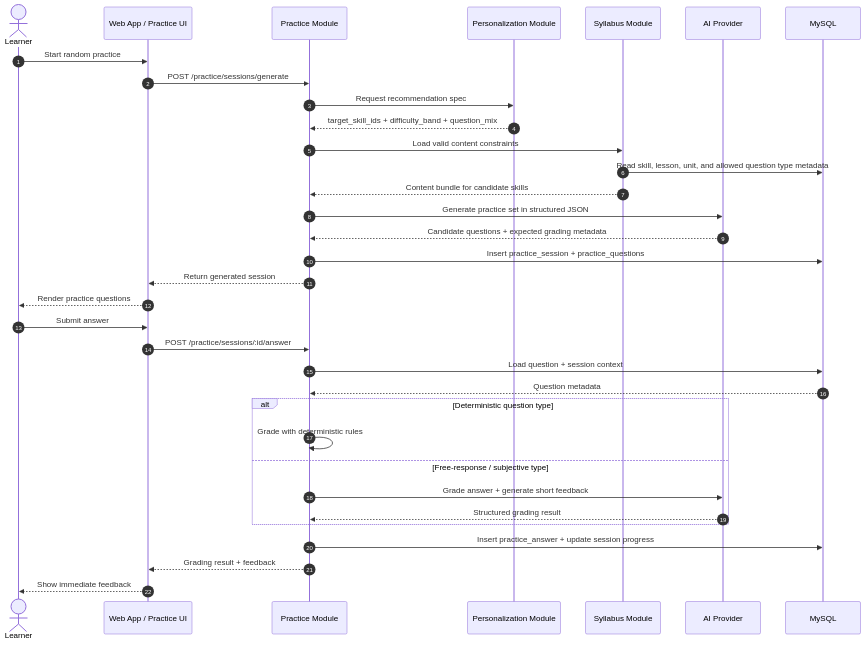
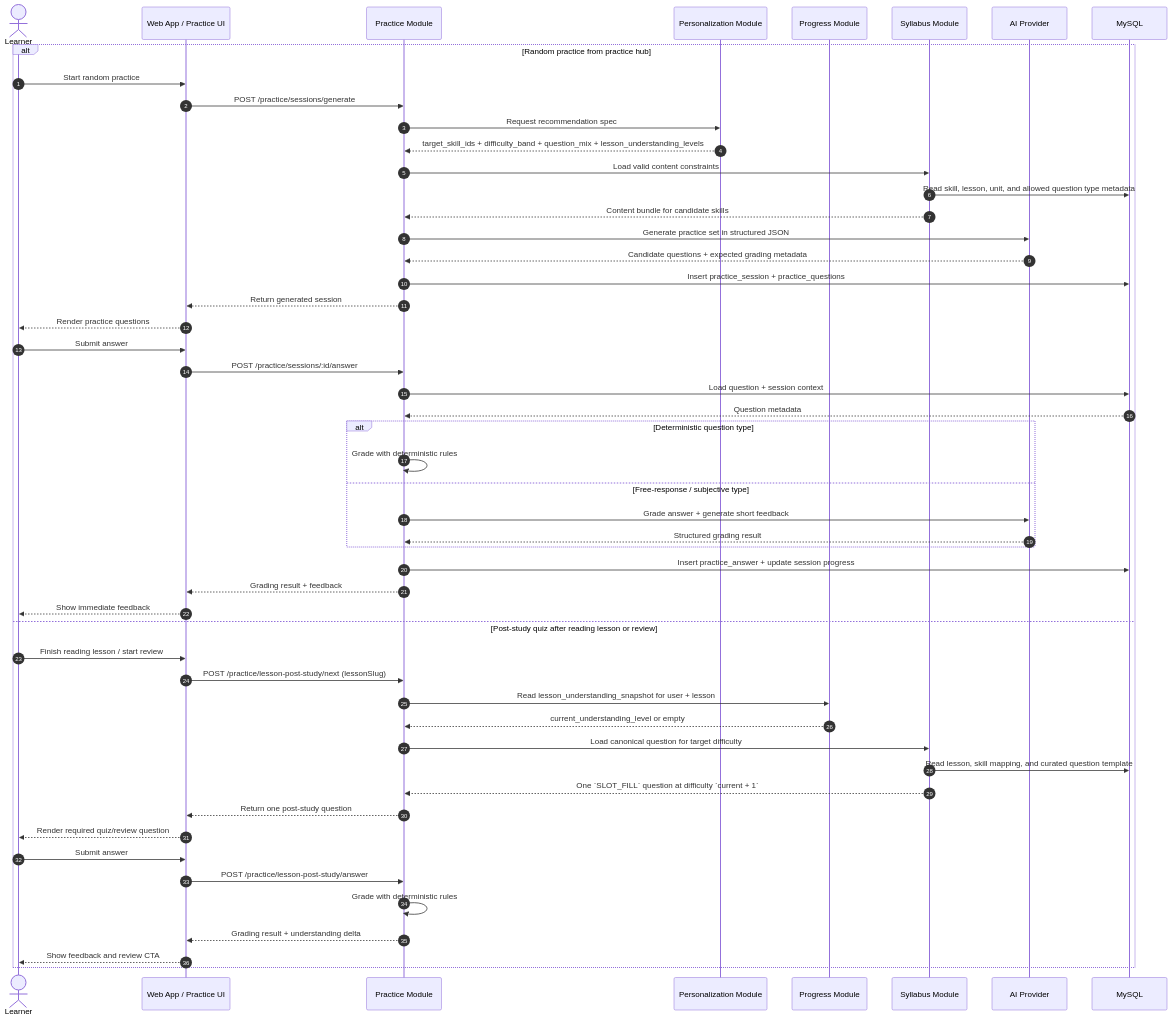
One commit to bpkcongli/kotoba-hub changed the diagram in docs/sequence-diagram/random-question-generator-and-answer-evaluation.md. Above: the diagram before and after it, drawn with Mermaid. The commit also changed other lines of this file and 19 other files, not shown here.

First line of the commit message:
docs: enhance MVP plan with post-study quiz integration and deterministic grading

````diff
--- a/docs/sequence-diagram/random-question-generator-and-answer-evaluation.md
+++ b/docs/sequence-diagram/random-question-generator-and-answer-evaluation.md
@@ -10,44 +10,62 @@
 ```mermaid
 sequenceDiagram
     autonumber
     actor Learner
     participant App as Web App / Practice UI
     participant Practice as Practice Module
     participant Personalization as Personalization Module
+    participant Progress as Progress Module
     participant Syllabus as Syllabus Module
     participant AI as AI Provider
     participant DB as MySQL
 
-    Learner->>App: Start random practice
-    App->>Practice: POST /practice/sessions/generate
+    alt Random practice from practice hub
+        Learner->>App: Start random practice
+        App->>Practice: POST /practice/sessions/generate
+        Practice->>Personalization: Request recommendation spec
+        Personalization-->>Practice: target_skill_ids + difficulty_band + question_mix + lesson_understanding_levels
 
-    Practice->>Personalization: Request recommendation spec
-    Personalization-->>Practice: target_skill_ids + difficulty_band + question_mix
+        Practice->>Syllabus: Load valid content constraints
+        Syllabus->>DB: Read skill, lesson, unit, and allowed question type metadata
+        Syllabus-->>Practice: Content bundle for candidate skills
 
-    Practice->>Syllabus: Load valid content constraints
-    Syllabus->>DB: Read skill, lesson, unit, and allowed question type metadata
-    Syllabus-->>Practice: Content bundle for candidate skills
+        Practice->>AI: Generate practice set in structured JSON
+        AI-->>Practice: Candidate questions + expected grading metadata
 
-    Practice->>AI: Generate practice set in structured JSON
-    AI-->>Practice: Candidate questions + expected grading metadata
+        Practice->>DB: Insert practice_session + practice_questions
+        Practice-->>App: Return generated session
+        App-->>Learner: Render practice questions
 
-    Practice->>DB: Insert practice_session + practice_questions
-    Practice-->>App: Return generated session
-    App-->>Learner: Render practice questions
+        Learner->>App: Submit answer
+        App->>Practice: POST /practice/sessions/:id/answer
+        Practice->>DB: Load question + session context
+        DB-->>Practice: Question metadata
 
-    Learner->>App: Submit answer
-    App->>Practice: POST /practice/sessions/:id/answer
-    Practice->>DB: Load question + session context
-    DB-->>Practice: Question metadata
+        alt Deterministic question type
+            Practice->>Practice: Grade with deterministic rules
+        else Free-response / subjective type
+            Practice->>AI: Grade answer + generate short feedback
+            AI-->>Practice: Structured grading result
+        end
 
-    alt Deterministic question type
+        Practice->>DB: Insert practice_answer + update session progress
+        Practice-->>App: Grading result + feedback
+        App-->>Learner: Show immediate feedback
+    else Post-study quiz after reading lesson or review
+        Learner->>App: Finish reading lesson / start review
+        App->>Practice: POST /practice/lesson-post-study/next (lessonSlug)
+        Practice->>Progress: Read lesson_understanding_snapshot for user + lesson
+        Progress-->>Practice: current_understanding_level or empty
+        Practice->>Syllabus: Load canonical question for target difficulty
+        Syllabus->>DB: Read lesson, skill mapping, and curated question template
+        Syllabus-->>Practice: One `SLOT_FILL` question at difficulty `current + 1`
+        Practice-->>App: Return one post-study question
+        App-->>Learner: Render required quiz/review question
+
+        Learner->>App: Submit answer
+        App->>Practice: POST /practice/lesson-post-study/answer
         Practice->>Practice: Grade with deterministic rules
-    else Free-response / subjective type
-        Practice->>AI: Grade answer + generate short feedback
-        AI-->>Practice: Structured grading result
+        Practice-->>App: Grading result + understanding delta
+        App-->>Learner: Show feedback and review CTA
     end
-
-    Practice->>DB: Insert practice_answer + update session progress
-    Practice-->>App: Grading result + feedback
-    App-->>Learner: Show immediate feedback
 ```
````
